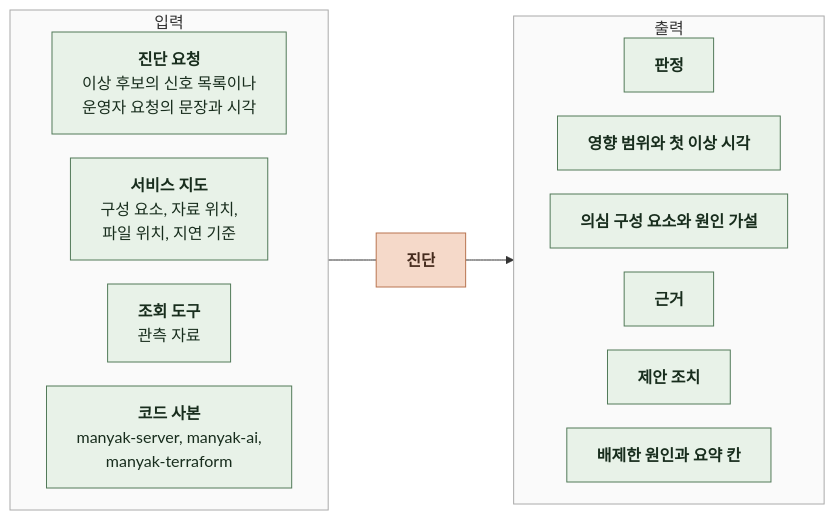
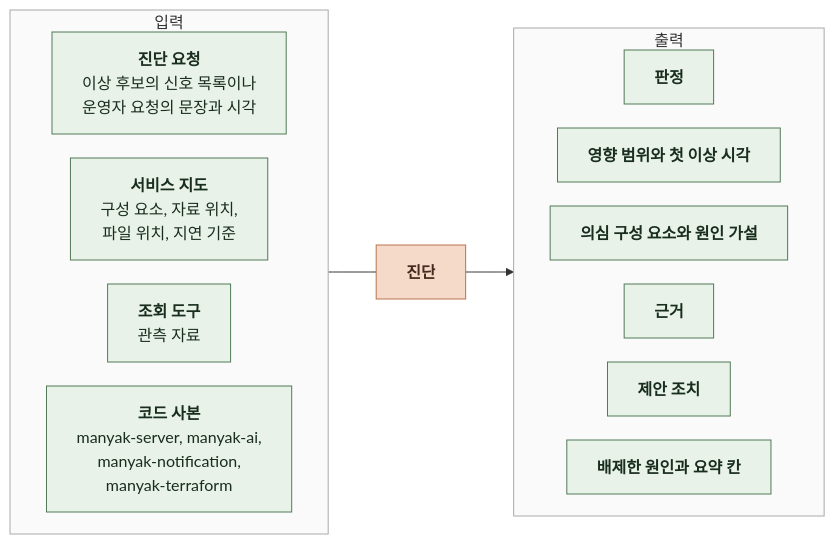
Before and after one commit to KIM-N-KANG/knk-harness: the second of 3 diagrams in docs/domain/OBSERVABILITY/AI/3-TASK-DEFINITION.md, drawn with Mermaid. The commit also changed other lines of this file and 3 other files, not shown here.

````diff
--- a/docs/domain/OBSERVABILITY/AI/3-TASK-DEFINITION.md
+++ b/docs/domain/OBSERVABILITY/AI/3-TASK-DEFINITION.md
@@ -103,36 +103,37 @@
 ```mermaid
 %%{init: {"flowchart": {"curve": "basis", "nodeSpacing": 24, "rankSpacing": 48}}}%%
 flowchart LR
     subgraph IN["입력"]
         direction LR
         C["`**진단 요청**
 이상 후보의 신호 목록이나
 운영자 요청의 문장과 시각`"]
         S["`**서비스 지도**
 구성 요소, 자료 위치,
 파일 위치, 지연 기준`"]
         T["`**조회 도구**
 관측 자료`"]
         K["`**코드 사본**
 manyak-server, manyak-ai,
+manyak-notification,
 manyak-terraform`"]
     end
     A["`**진단**`"]
     subgraph OUT["출력"]
         direction LR
         V["`**판정**`"]
         I["`**영향 범위와 첫 이상 시각**`"]
         P["`**의심 구성 요소와 원인 가설**`"]
         E["`**근거**`"]
         X["`**제안 조치**`"]
         H["`**배제한 원인과 요약 칸**`"]
     end
     IN --- A
     A --> OUT
     classDef data fill:#E8F2E8,stroke:#527A59,color:#182D1D
     classDef model fill:#F5D9C9,stroke:#B97450,color:#452B1D
     class C,S,T,K,V,I,P,E,X,H data
     class A model
     style IN fill:#FAFAFA,stroke:#AAAAAA
     style OUT fill:#FAFAFA,stroke:#AAAAAA
 ```
````
